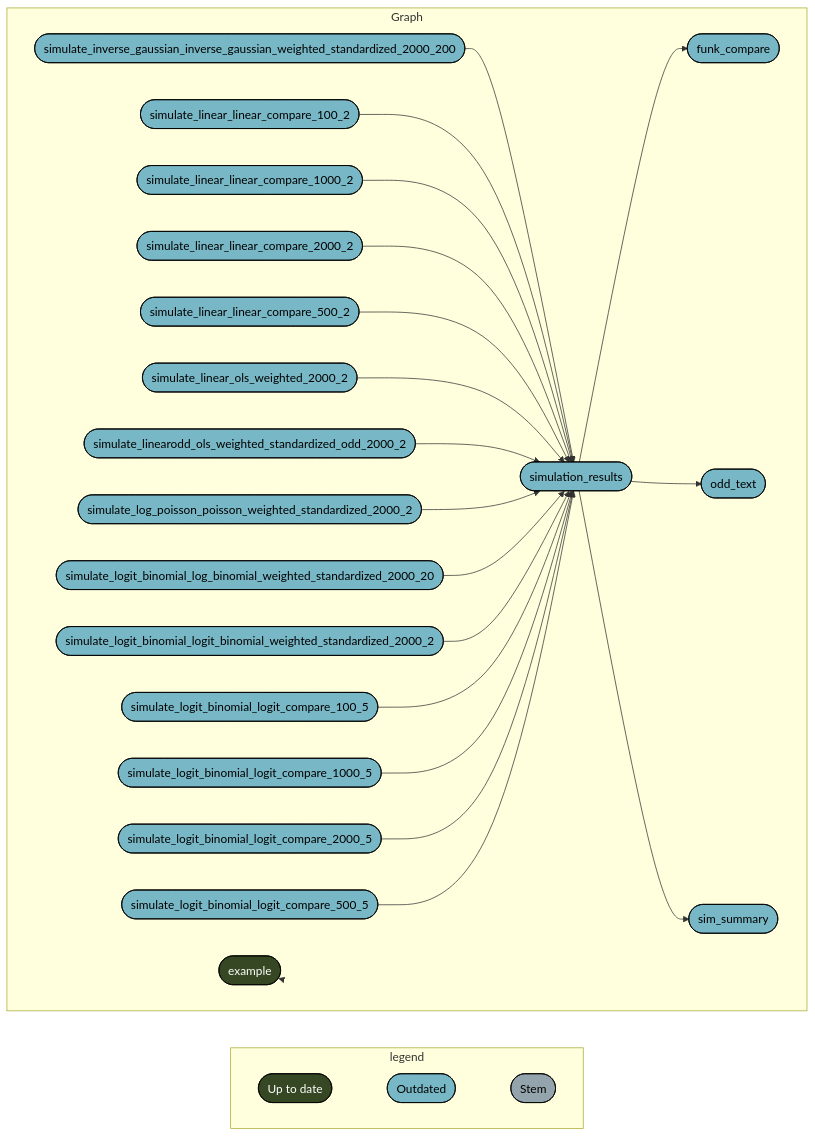
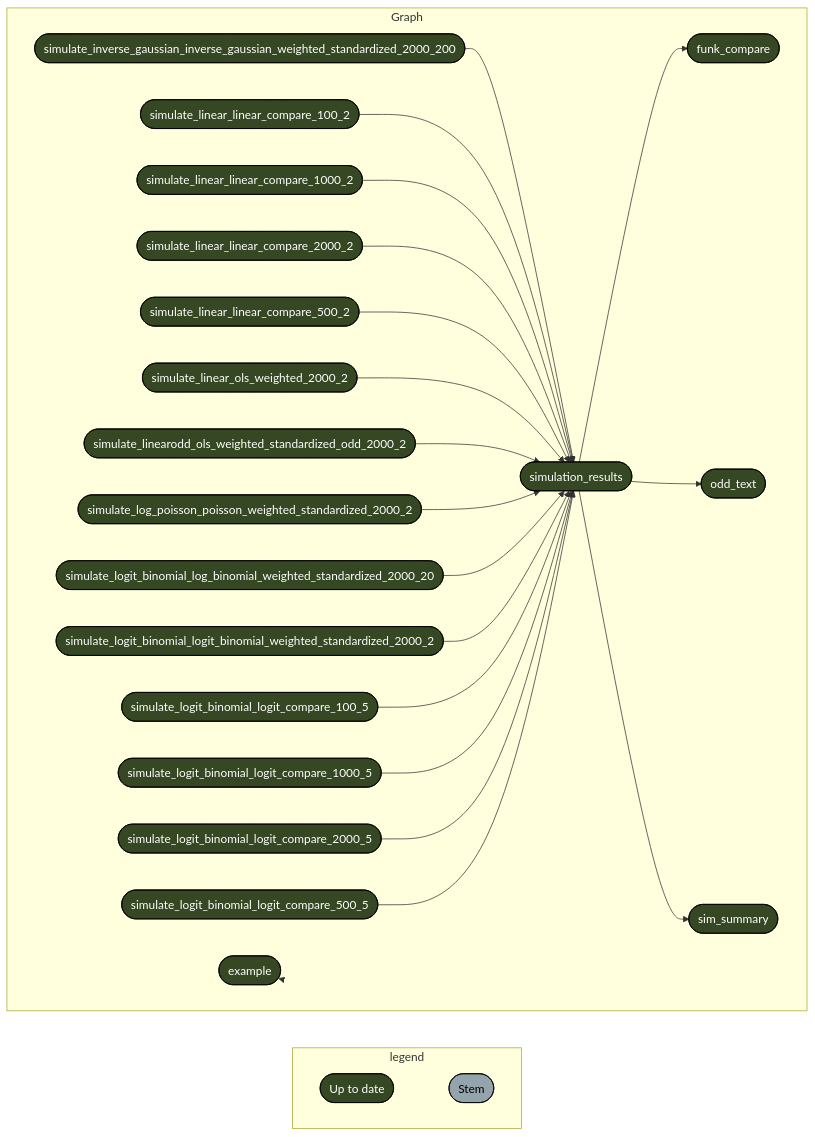
The diagram in vis.mermaid (sachsmc/doubly-robust-glm), drawn with Mermaid before and after one commit. The commit also changed 11 other files, not shown here.

```diff
--- a/vis.mermaid
+++ b/vis.mermaid
@@ -1,33 +1,30 @@
 graph LR
   subgraph legend
     direction LR
-    x7420bd9270f8d27d([""Up to date""]):::uptodate --- x0a52b03877696646([""Outdated""]):::outdated
-    x0a52b03877696646([""Outdated""]):::outdated --- xbf4603d6c2c2ad6b([""Stem""]):::none
+    x7420bd9270f8d27d([""Up to date""]):::uptodate --- xbf4603d6c2c2ad6b([""Stem""]):::none
   end
   subgraph Graph
     direction LR
-    xda319e07d75bcf17(["simulation_results"]):::outdated --> x528a48b3a0beaa4a(["funk_compare"]):::outdated
-    xda319e07d75bcf17(["simulation_results"]):::outdated --> x096535d843ac58b4(["odd_text"]):::outdated
-    xda319e07d75bcf17(["simulation_results"]):::outdated --> x8df1cfa1cec0f4ca(["sim_summary"]):::outdated
-    x9e69104330fdf6f8(["simulate_inverse_gaussian_inverse_gaussian_weighted_standardized_2000_200"]):::outdated --> xda319e07d75bcf17(["simulation_results"]):::outdated
-    x71467bd26b2548ad(["simulate_linear_linear_compare_100_2"]):::outdated --> xda319e07d75bcf17(["simulation_results"]):::outdated
-    xe01042d5af18e30e(["simulate_linear_linear_compare_1000_2"]):::outdated --> xda319e07d75bcf17(["simulation_results"]):::outdated
-    x116f146dea47cfe7(["simulate_linear_linear_compare_2000_2"]):::outdated --> xda319e07d75bcf17(["simulation_results"]):::outdated
-    x9eae9ce78ce473f4(["simulate_linear_linear_compare_500_2"]):::outdated --> xda319e07d75bcf17(["simulation_results"]):::outdated
-    x00130b7e30e0600b(["simulate_linear_ols_weighted_2000_2"]):::outdated --> xda319e07d75bcf17(["simulation_results"]):::outdated
-    x1e015faaad899be1(["simulate_linearodd_ols_weighted_standardized_odd_2000_2"]):::outdated --> xda319e07d75bcf17(["simulation_results"]):::outdated
-    x5ea0a7387f8b2ef9(["simulate_log_poisson_poisson_weighted_standardized_2000_2"]):::outdated --> xda319e07d75bcf17(["simulation_results"]):::outdated
-    xac3d6e69f58e5f12(["simulate_logit_binomial_log_binomial_weighted_standardized_2000_20"]):::outdated --> xda319e07d75bcf17(["simulation_results"]):::outdated
-    x99723e3e80a40ee6(["simulate_logit_binomial_logit_binomial_weighted_standardized_2000_2"]):::outdated --> xda319e07d75bcf17(["simulation_results"]):::outdated
-    x4cc6fc8d5fa9053a(["simulate_logit_binomial_logit_compare_100_5"]):::outdated --> xda319e07d75bcf17(["simulation_results"]):::outdated
-    x7649e25e048e52a8(["simulate_logit_binomial_logit_compare_1000_5"]):::outdated --> xda319e07d75bcf17(["simulation_results"]):::outdated
-    xee6f069e485dd697(["simulate_logit_binomial_logit_compare_2000_5"]):::outdated --> xda319e07d75bcf17(["simulation_results"]):::outdated
-    xe7cf092df7d54f75(["simulate_logit_binomial_logit_compare_500_5"]):::outdated --> xda319e07d75bcf17(["simulation_results"]):::outdated
+    xda319e07d75bcf17(["simulation_results"]):::uptodate --> x528a48b3a0beaa4a(["funk_compare"]):::uptodate
+    xda319e07d75bcf17(["simulation_results"]):::uptodate --> x096535d843ac58b4(["odd_text"]):::uptodate
+    xda319e07d75bcf17(["simulation_results"]):::uptodate --> x8df1cfa1cec0f4ca(["sim_summary"]):::uptodate
+    x9e69104330fdf6f8(["simulate_inverse_gaussian_inverse_gaussian_weighted_standardized_2000_200"]):::uptodate --> xda319e07d75bcf17(["simulation_results"]):::uptodate
+    x71467bd26b2548ad(["simulate_linear_linear_compare_100_2"]):::uptodate --> xda319e07d75bcf17(["simulation_results"]):::uptodate
+    xe01042d5af18e30e(["simulate_linear_linear_compare_1000_2"]):::uptodate --> xda319e07d75bcf17(["simulation_results"]):::uptodate
+    x116f146dea47cfe7(["simulate_linear_linear_compare_2000_2"]):::uptodate --> xda319e07d75bcf17(["simulation_results"]):::uptodate
+    x9eae9ce78ce473f4(["simulate_linear_linear_compare_500_2"]):::uptodate --> xda319e07d75bcf17(["simulation_results"]):::uptodate
+    x00130b7e30e0600b(["simulate_linear_ols_weighted_2000_2"]):::uptodate --> xda319e07d75bcf17(["simulation_results"]):::uptodate
+    x1e015faaad899be1(["simulate_linearodd_ols_weighted_standardized_odd_2000_2"]):::uptodate --> xda319e07d75bcf17(["simulation_results"]):::uptodate
+    x5ea0a7387f8b2ef9(["simulate_log_poisson_poisson_weighted_standardized_2000_2"]):::uptodate --> xda319e07d75bcf17(["simulation_results"]):::uptodate
+    xac3d6e69f58e5f12(["simulate_logit_binomial_log_binomial_weighted_standardized_2000_20"]):::uptodate --> xda319e07d75bcf17(["simulation_results"]):::uptodate
+    x99723e3e80a40ee6(["simulate_logit_binomial_logit_binomial_weighted_standardized_2000_2"]):::uptodate --> xda319e07d75bcf17(["simulation_results"]):::uptodate
+    x4cc6fc8d5fa9053a(["simulate_logit_binomial_logit_compare_100_5"]):::uptodate --> xda319e07d75bcf17(["simulation_results"]):::uptodate
+    x7649e25e048e52a8(["simulate_logit_binomial_logit_compare_1000_5"]):::uptodate --> xda319e07d75bcf17(["simulation_results"]):::uptodate
+    xee6f069e485dd697(["simulate_logit_binomial_logit_compare_2000_5"]):::uptodate --> xda319e07d75bcf17(["simulation_results"]):::uptodate
+    xe7cf092df7d54f75(["simulate_logit_binomial_logit_compare_500_5"]):::uptodate --> xda319e07d75bcf17(["simulation_results"]):::uptodate
     xe6eda53558c41c5e(["example"]):::uptodate --> xe6eda53558c41c5e(["example"]):::uptodate
   end
   classDef uptodate stroke:#000000,color:#ffffff,fill:#354823;
-  classDef outdated stroke:#000000,color:#000000,fill:#78B7C5;
   classDef none stroke:#000000,color:#000000,fill:#94a4ac;
   linkStyle 0 stroke-width:0px;
-  linkStyle 1 stroke-width:0px;
-  linkStyle 19 stroke-width:0px;
+  linkStyle 18 stroke-width:0px;
```
